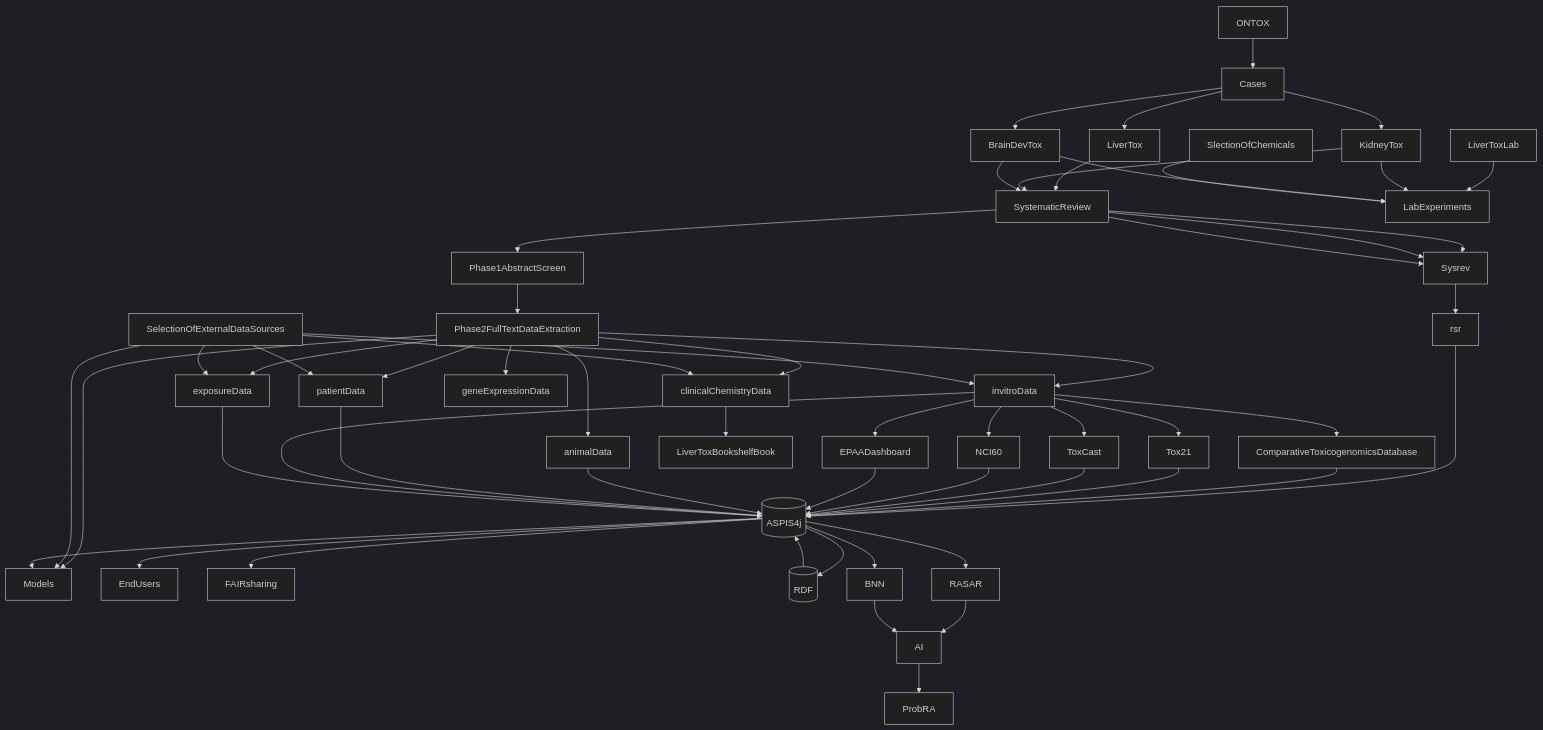
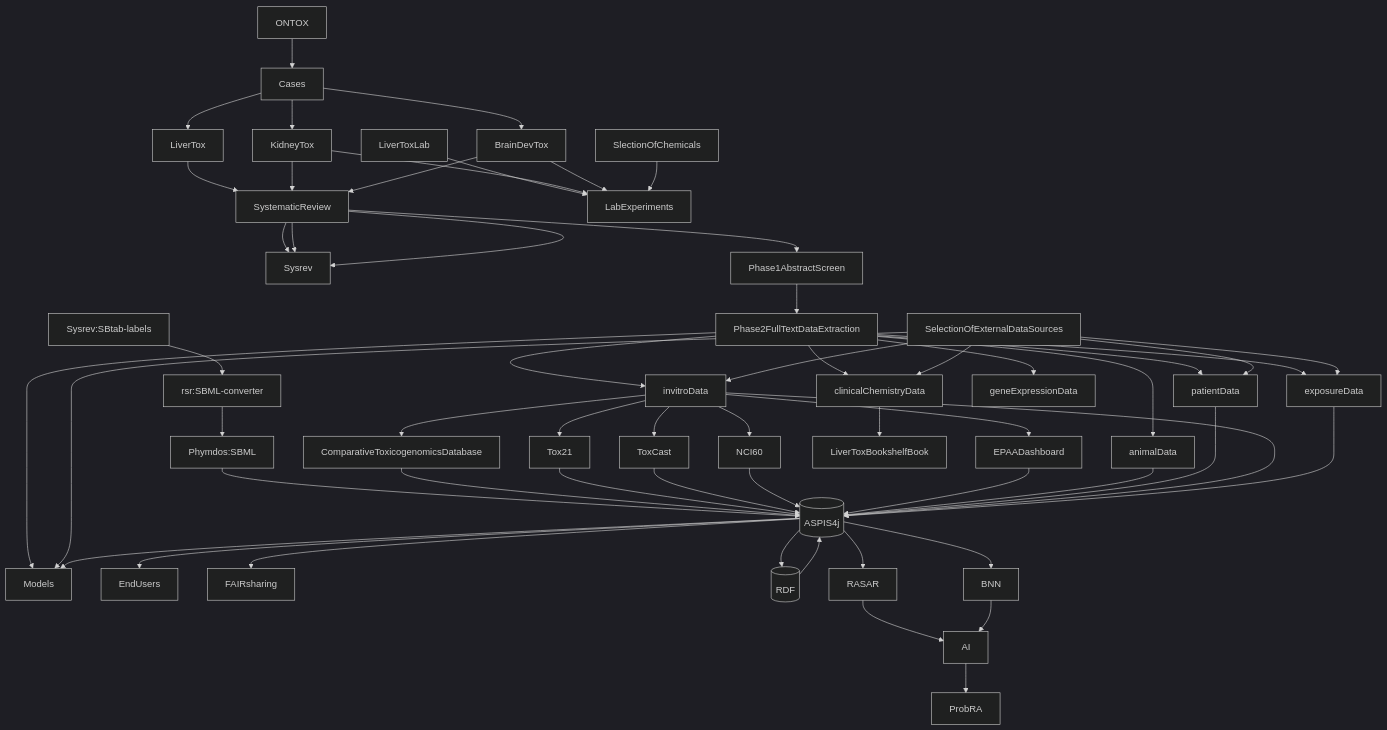
One commit to ontox-hu/workflows changed the diagram in WorkflowONTOX.md. Above: the diagram before and after it, drawn with Mermaid (dark theme).

````diff
--- a/WorkflowONTOX.md
+++ b/WorkflowONTOX.md
@@ -1,69 +1,69 @@
 ```mermaid
 graph TD
   
   ONTOX-->Cases
 
   Cases-->LiverTox
   Cases-->KidneyTox
   Cases-->BrainDevTox
   
   LiverTox-->SystematicReview-->Sysrev
   KidneyTox-->SystematicReview-->Sysrev
   BrainDevTox-->SystematicReview-->Sysrev
   
-  Sysrev-->rsr-->ASPIS4j
+  Sysrev:SBtab-labels-->rsr:SBML-converter-->Phymdos:SBML-->ASPIS4j
   
   SystematicReview-->Phase1AbstractScreen
   Phase1AbstractScreen-->Phase2FullTextDataExtraction
   
   Phase2FullTextDataExtraction-->patientData
   Phase2FullTextDataExtraction-->clinicalChemistryData
   Phase2FullTextDataExtraction-->exposureData
   Phase2FullTextDataExtraction-->invitroData
   Phase2FullTextDataExtraction-->Models
   Phase2FullTextDataExtraction-->geneExpressionData
   Phase2FullTextDataExtraction-->animalData
   
   SelectionOfExternalDataSources-->patientData
   SelectionOfExternalDataSources-->clinicalChemistryData
   SelectionOfExternalDataSources-->exposureData
   SelectionOfExternalDataSources-->invitroData
   SelectionOfExternalDataSources-->Models
   
   LiverToxLab-->LabExperiments
   KidneyTox-->LabExperiments
   BrainDevTox-->LabExperiments
   
   SlectionOfChemicals-->LabExperiments
   
   invitroData-->ComparativeToxicogenomicsDatabase
   ComparativeToxicogenomicsDatabase-->ASPIS4j
   invitroData-->Tox21
   invitroData-->EPAADashboard
   invitroData-->ToxCast
   invitroData-->NCI60
   
   clinicalChemistryData-->LiverToxBookshelfBook
  
   Tox21-->ASPIS4j[(ASPIS4j)]
   ToxCast-->ASPIS4j[(ASPIS4j)]
   NCI60-->ASPIS4j[(ASPIS4j)]
   EPAADashboard-->ASPIS4j[(ASPIS4j)]
   animalData-->ASPIS4j[(ASPIS4j)]
   patientData-->ASPIS4j[(ASPIS4j)]
   invitroData-->ASPIS4j[(ASPIS4j)]
   exposureData-->ASPIS4j[(ASPIS4j)]
   ASPIS4j[(ASPIS4j)]-->Models
   ASPIS4j[(ASPIS4j)]-->EndUsers
   ASPIS4j[(ASPIS4j)]-->FAIRsharing
   ASPIS4j[(ASPIS4j)]-->RDF
   RDF[(RDF)]-->ASPIS4j[(ASPIS4j)]
   
   ASPIS4j[(ASPIS4j)]-->RASAR
   ASPIS4j[(ASPIS4j)]-->BNN
   RASAR-->AI
   BNN-->AI
   AI-->ProbRA
   
   
 ```
````
